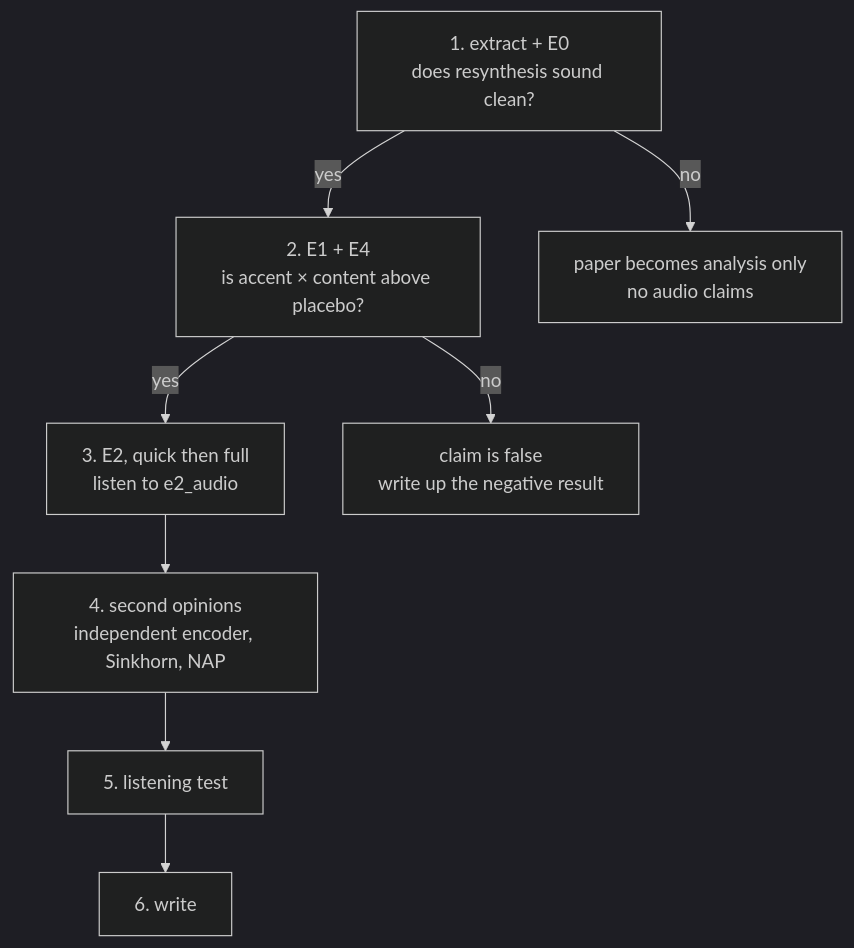
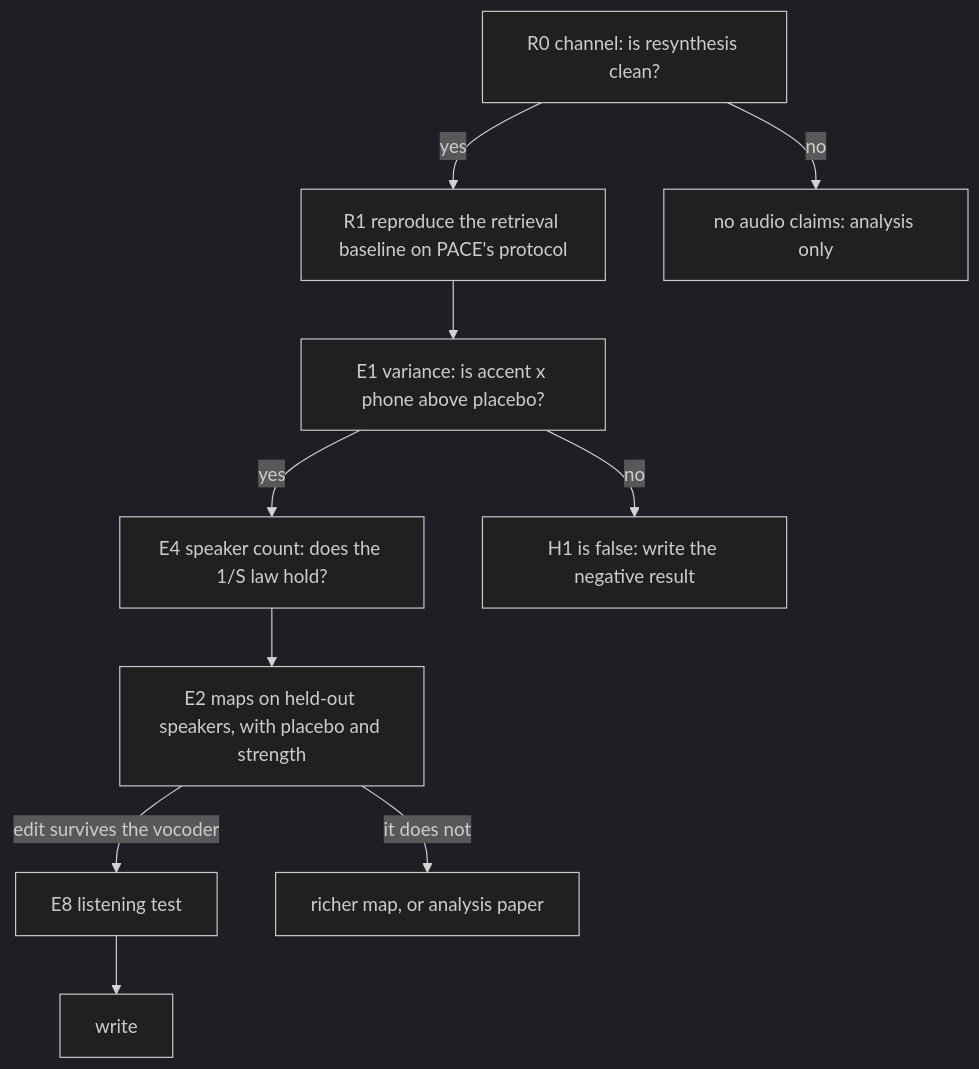
The diagram in ot_accent/README.md (ArtoymRu/accent-conversion), drawn with Mermaid (dark theme) before and after one commit. The commit also changed other lines of this file and 20 other files, not shown here.

````diff
--- a/ot_accent/README.md
+++ b/ot_accent/README.md
@@ -363,10 +335,12 @@
 ```mermaid
 flowchart TD
-    S1["1. extract + E0<br/>does resynthesis sound clean?"] -->|yes| S2["2. E1 + E4<br/>is accent × content above placebo?"]
-    S1 -->|no| X1["paper becomes analysis only<br/>no audio claims"]
-    S2 -->|yes| S3["3. E2, quick then full<br/>listen to e2_audio"]
-    S2 -->|no| X2["claim is false<br/>write up the negative result"]
-    S3 --> S4["4. second opinions<br/>independent encoder, Sinkhorn, NAP"]
-    S4 --> S5["5. listening test"]
-    S5 --> S6["6. write"]
+    R0["R0 channel: is resynthesis clean?"] -->|yes| R1["R1 reproduce the retrieval baseline on PACE's protocol"]
+    R0 -->|no| X0["no audio claims: analysis only"]
+    R1 --> E1["E1 variance: is accent x phone above placebo?"]
+    E1 -->|yes| E4["E4 speaker count: does the 1/S law hold?"]
+    E1 -->|no| X1["H1 is false: write the negative result"]
+    E4 --> E2["E2 maps on held-out speakers, with placebo and strength"]
+    E2 -->|edit survives the vocoder| E8["E8 listening test"]
+    E2 -->|it does not| X2["richer map, or analysis paper"]
+    E8 --> W["write"]
 ```
````
